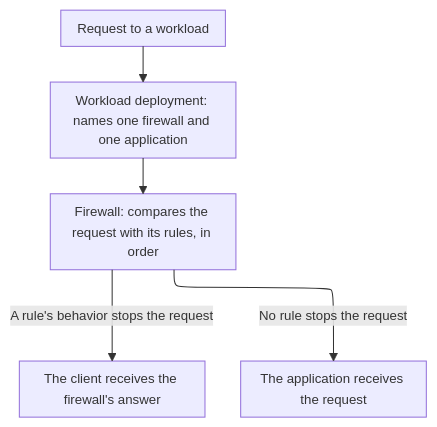
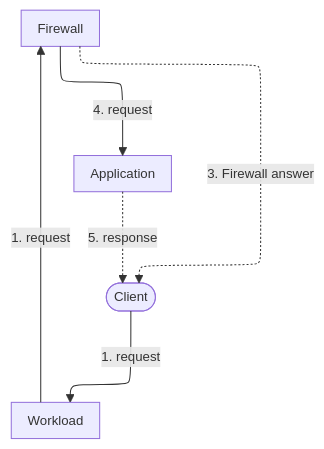
One commit to aziontech/docs changed the diagram in apps/docs/src/content/docs/en/pages/main-menu/reference/secure/edge-firewall/edge-firewall.mdx. Above: the diagram before and after it, drawn with Mermaid. The commit also changed other lines of this file and 233 other files, not shown here.

````diff
--- a/apps/docs/src/content/docs/en/pages/main-menu/reference/secure/edge-firewall/edge-firewall.mdx
+++ b/apps/docs/src/content/docs/en/pages/main-menu/reference/secure/edge-firewall/edge-firewall.mdx
@@ -59,8 +33,13 @@
 ```mermaid
-%%{init: {"layout": "elk", "themeVariables": {"fontSize": "13px"}, "flowchart": {"nodeSpacing": 24, "rankSpacing": 36, "padding": 8, "wrappingWidth": 150, "useMaxWidth": true}, "sequence": {"width": 120, "actorMargin": 30, "useMaxWidth": true}}}%%
+%%{init: {"layout": "elk", "elk": {"cycleBreakingStrategy": "MODEL_ORDER"}, "themeVariables": {"fontSize": "13px"}, "flowchart": {"nodeSpacing": 24, "rankSpacing": 36, "padding": 8, "wrappingWidth": 150, "useMaxWidth": true}, "sequence": {"width": 120, "actorMargin": 30, "useMaxWidth": true}}}%%
 flowchart TD
-  Q["Request to a workload"] --> D["Workload deployment: names one firewall and one application"]
-  D --> FW["Firewall: compares the request with its rules, in order"]
-  FW -->|"A rule's behavior stops the request"| S["The client receives the firewall's answer"]
-  FW -->|"No rule stops the request"| A["The application receives the request"]
+  Client(["Client"])
+  WL["Workload"]
+  FW["Firewall"]
+  App["Application"]
+  Client -->|"1. request"| WL
+  WL -->|"1. request"| FW
+  FW -.->|"3. Firewall answer"| Client
+  FW -->|"4. request"| App
+  App -.->|"5. response"| Client
 ```
````
